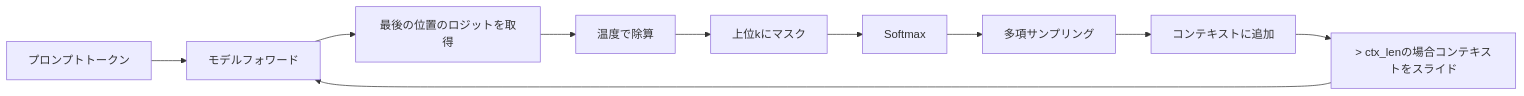
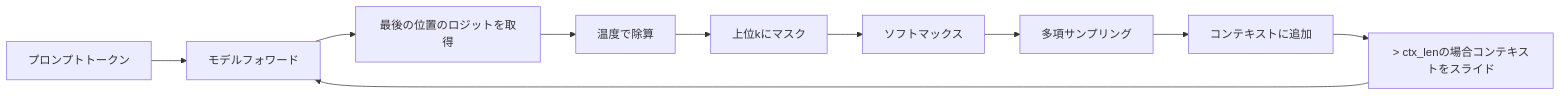
Before and after one commit to shoshoshomen/synapse-academy: the second of 2 diagrams in content/phases/19-capstone-projects/35-gpt-model-assembly/lesson.ja.md, drawn with Mermaid. The commit also changed other lines of this file and 124 other files, not shown here.

First line of the commit message:
feat(i18n): mermaid図のラベルを日本語化(194レッスン/374図)

````diff
--- a/content/phases/19-capstone-projects/35-gpt-model-assembly/lesson.ja.md
+++ b/content/phases/19-capstone-projects/35-gpt-model-assembly/lesson.ja.md
@@ -53,12 +53,12 @@
 ```mermaid
 flowchart LR
-  P[プロンプトトークン] --> M[モデルフォワード]
-  M --> Last[最後の位置のロジットを取得]
-  Last --> T[温度で除算]
-  T --> K[上位kにマスク]
-  K --> S[Softmax]
-  S --> MN[多項サンプリング]
-  MN --> A[コンテキストに追加]
-  A --> Slide[> ctx_lenの場合コンテキストをスライド]
+  P["プロンプトトークン"] --> M["モデルフォワード"]
+  M --> Last["最後の位置のロジットを取得"]
+  Last --> T["温度で除算"]
+  T --> K["上位kにマスク"]
+  K --> S["ソフトマックス"]
+  S --> MN["多項サンプリング"]
+  MN --> A["コンテキストに追加"]
+  A --> Slide["> ctx_lenの場合コンテキストをスライド"]
   Slide --> M
 ```
````
